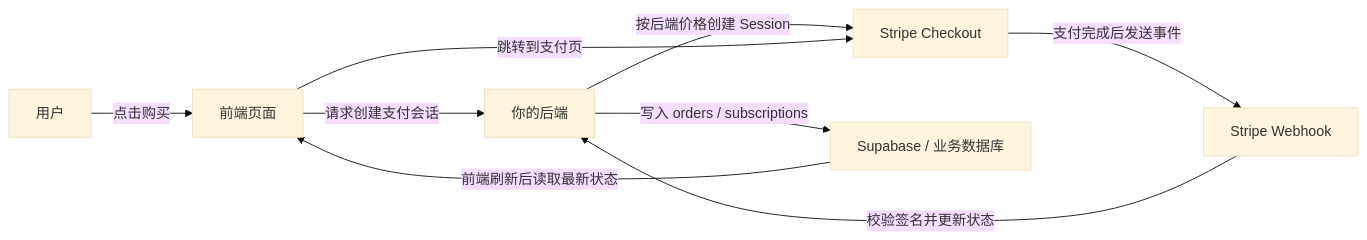
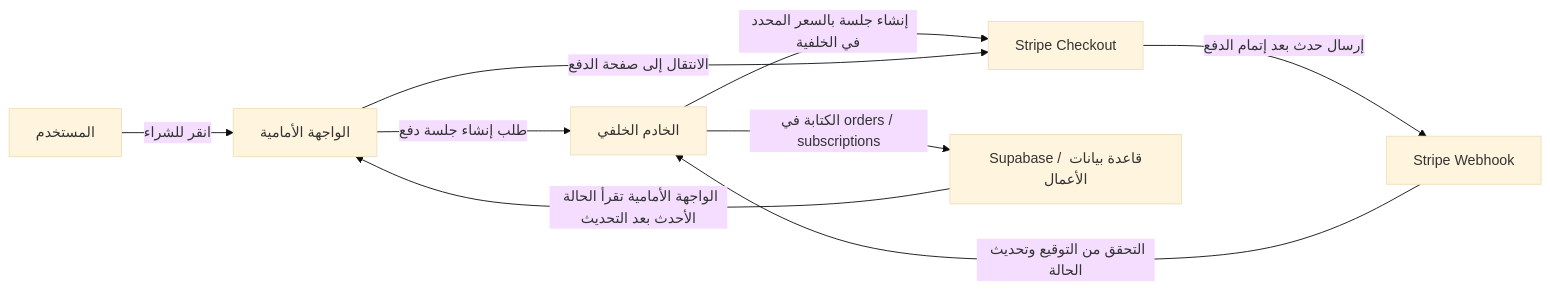
Before and after one commit to sketchymonk/easy-vibe: the first of 6 diagrams in docs/ar-sa/stage-2/backend/stripe-payment/index.md, drawn with Mermaid (base theme). The commit also changed other lines of this file and 59 other files, not shown here.

````diff
--- a/docs/ar-sa/stage-2/backend/stripe-payment/index.md
+++ b/docs/ar-sa/stage-2/backend/stripe-payment/index.md
@@ -87,18 +87,18 @@
 ```mermaid
 flowchart LR
-  user["用户"]
-  frontend["前端页面"]
-  backend["你的后端"]
+  user["المستخدم"]
+  frontend["الواجهة الأمامية"]
+  backend["الخادم الخلفي"]
   checkout["Stripe Checkout"]
   webhook["Stripe Webhook"]
-  db["Supabase / 业务数据库"]
+  db["Supabase / قاعدة بيانات الأعمال"]
 
-  user -->|"点击购买"| frontend
-  frontend -->|"请求创建支付会话"| backend
-  backend -->|"按后端价格创建 Session"| checkout
-  frontend -->|"跳转到支付页"| checkout
-  checkout -->|"支付完成后发送事件"| webhook
-  webhook -->|"校验签名并更新状态"| backend
-  backend -->|"写入 orders / subscriptions"| db
-  db -->|"前端刷新后读取最新状态"| frontend
+  user -->|"انقر للشراء"| frontend
+  frontend -->|"طلب إنشاء جلسة دفع"| backend
+  backend -->|"إنشاء جلسة بالسعر المحدد في الخلفية"| checkout
+  frontend -->|"الانتقال إلى صفحة الدفع"| checkout
+  checkout -->|"إرسال حدث بعد إتمام الدفع"| webhook
+  webhook -->|"التحقق من التوقيع وتحديث الحالة"| backend
+  backend -->|"الكتابة في orders / subscriptions"| db
+  db -->|"الواجهة الأمامية تقرأ الحالة الأحدث بعد التحديث"| frontend
 ```
````
